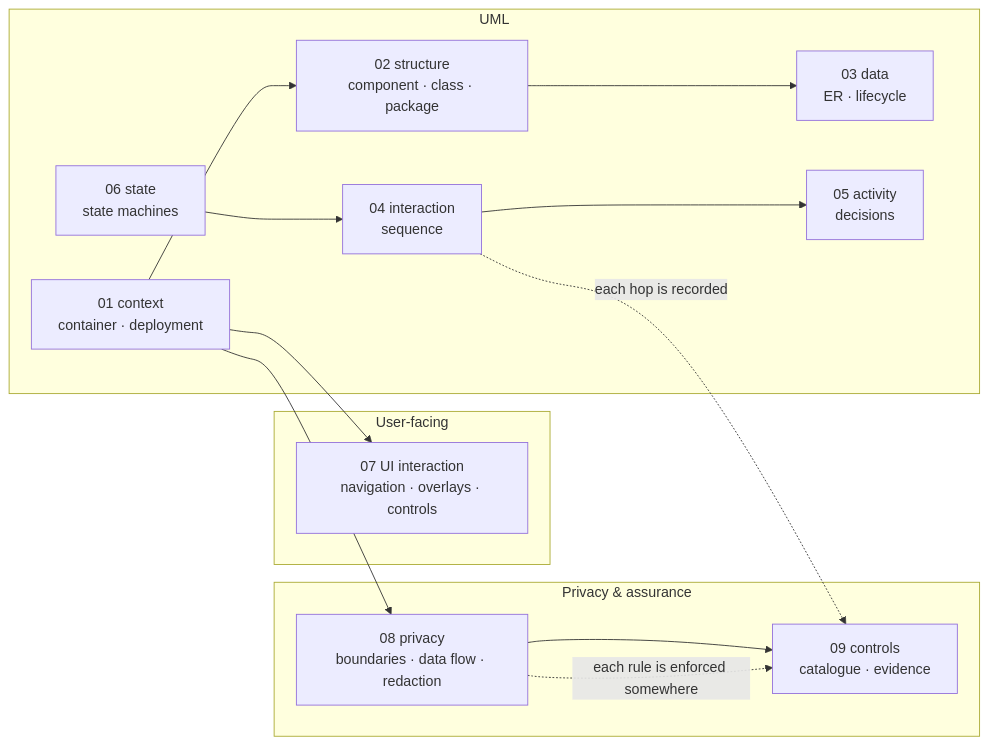
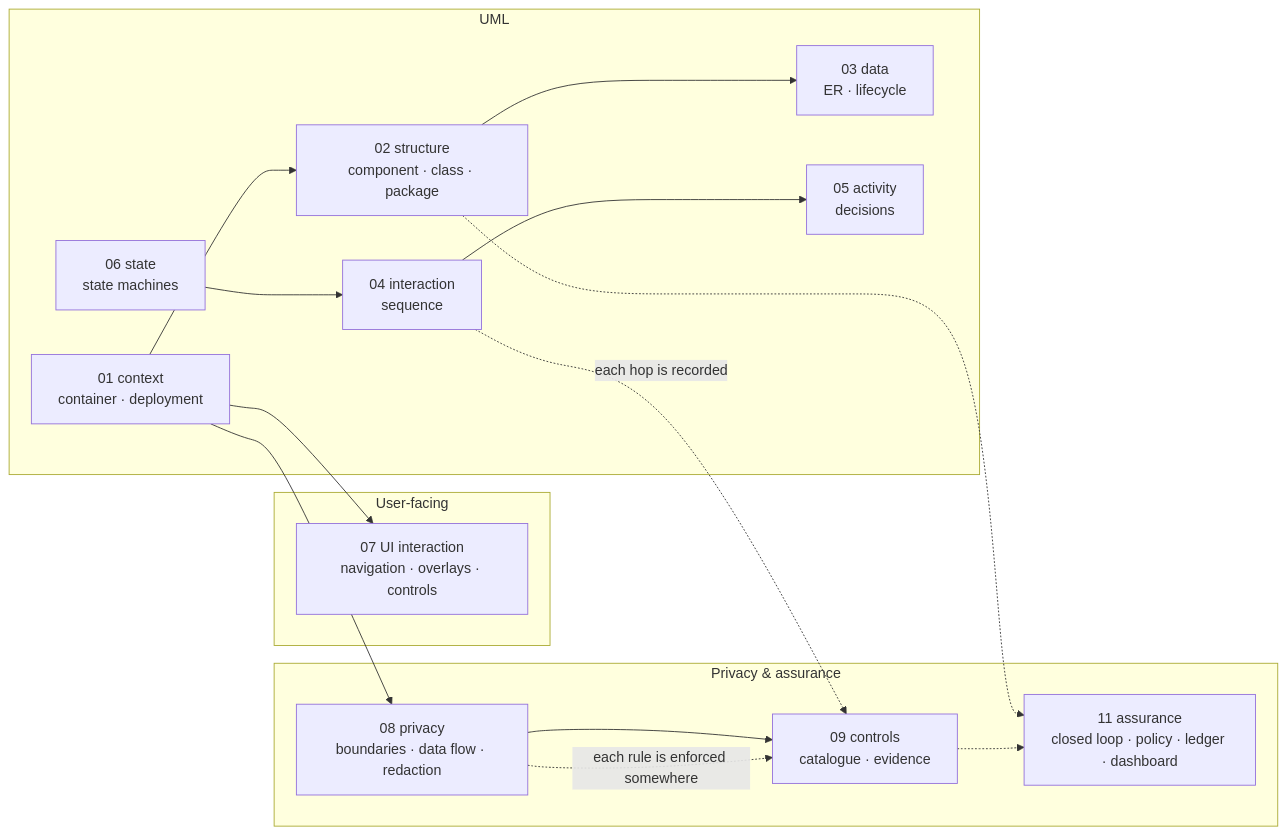
Before and after one commit to harishgovardhandamodar/agentic-knowledge-mapper: the first of 2 diagrams in design/README.md, drawn with Mermaid. The commit also changed other lines of this file and 9 other files, not shown here.

First line of the commit message:
Documentation: assurance closed loop, UML/diagrams, design & architecture, README

````diff
--- a/design/README.md
+++ b/design/README.md
@@ -32,25 +33,28 @@
 ```mermaid
 flowchart LR
     subgraph UML["UML"]
         CTX["01 context<br/>container · deployment"]
         STR["02 structure<br/>component · class · package"]
         DM["03 data<br/>ER · lifecycle"]
         SEQ["04 interaction<br/>sequence"]
         ACT["05 activity<br/>decisions"]
         ST["06 state<br/>state machines"]
     end
     subgraph UX["User-facing"]
         UI["07 UI interaction<br/>navigation · overlays · controls"]
     end
     subgraph PRIV["Privacy & assurance"]
         P["08 privacy<br/>boundaries · data flow · redaction"]
         C["09 controls<br/>catalogue · evidence"]
+        AS["11 assurance<br/>closed loop · policy · ledger · dashboard"]
     end
     CTX --> STR --> DM
     ST --> SEQ --> ACT
     CTX --> UI
     CTX --> P --> C
     SEQ -.->|"each hop is recorded"| C
     P -.->|"each rule is enforced somewhere"| C
+    STR -.-> AS
+    C -.-> AS
 
 ```
````
